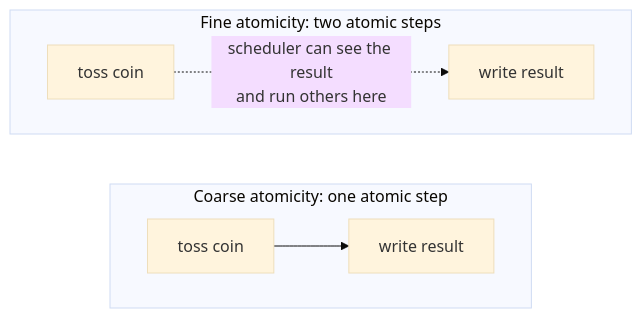
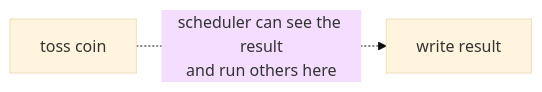
Before and after one commit to FahimMashroor/Chalmers_CSC: the sixth of 13 diagrams in EDA387-Computer-Networks/12-Leader-Election-Complete-Graphs.md, drawn with Mermaid (base theme). The commit also changed other lines of this file, not shown here.

Commit message:
Rewrite 12 Leader Election Complete Graphs in simple language with examples and diagrams

````diff
--- a/EDA387-Computer-Networks/12-Leader-Election-Complete-Graphs.md
+++ b/EDA387-Computer-Networks/12-Leader-Election-Complete-Graphs.md
@@ -131,11 +225,4 @@
 ```mermaid
 flowchart LR
-    subgraph Coarse["Coarse atomicity: one atomic step"]
-        direction LR
-        C1["toss coin"] --> C2["write result"]
-    end
-    subgraph Fine["Fine atomicity: two atomic steps"]
-        direction LR
-        F1["toss coin"] -. "scheduler can see the result<br/>and run others here" .-> F2["write result"]
-    end
+    F1["toss coin"] -. "scheduler can see the result<br/>and run others here" .-> F2["write result"]
 ```
````
